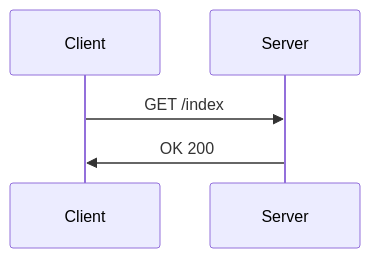
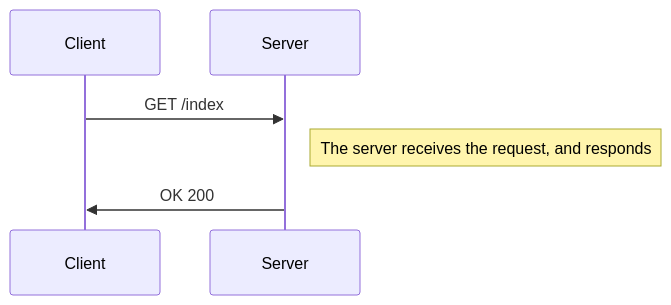
One commit to zedchance/note-share changed the eighth of 10 diagrams in content/sample.md. Above: the diagram before and after it, drawn with Mermaid. The commit also changed 412 other files, not shown here.

```diff
--- a/content/sample.md
+++ b/content/sample.md
@@ -216,5 +216,6 @@
 {{< mermaid class="text-center" >}}
 sequenceDiagram
     Client ->> Server: GET /index
+    Note right of Server: The server receives the request, and responds
     Server ->> Client: OK 200
 {{< /mermaid >}}
```
